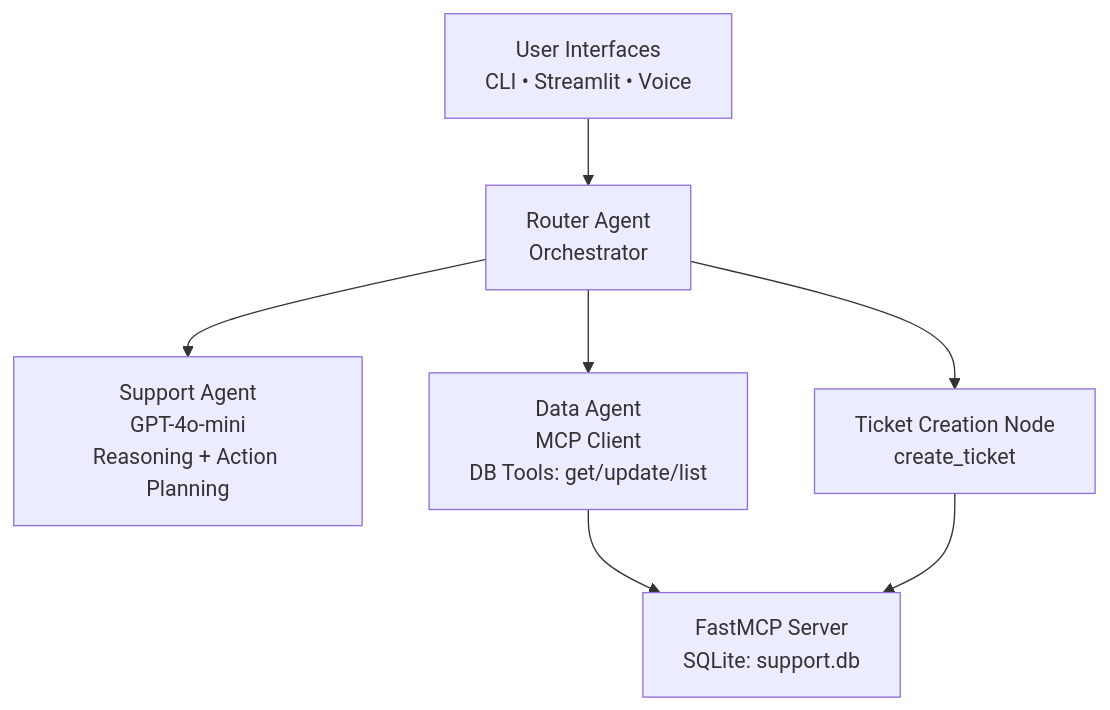
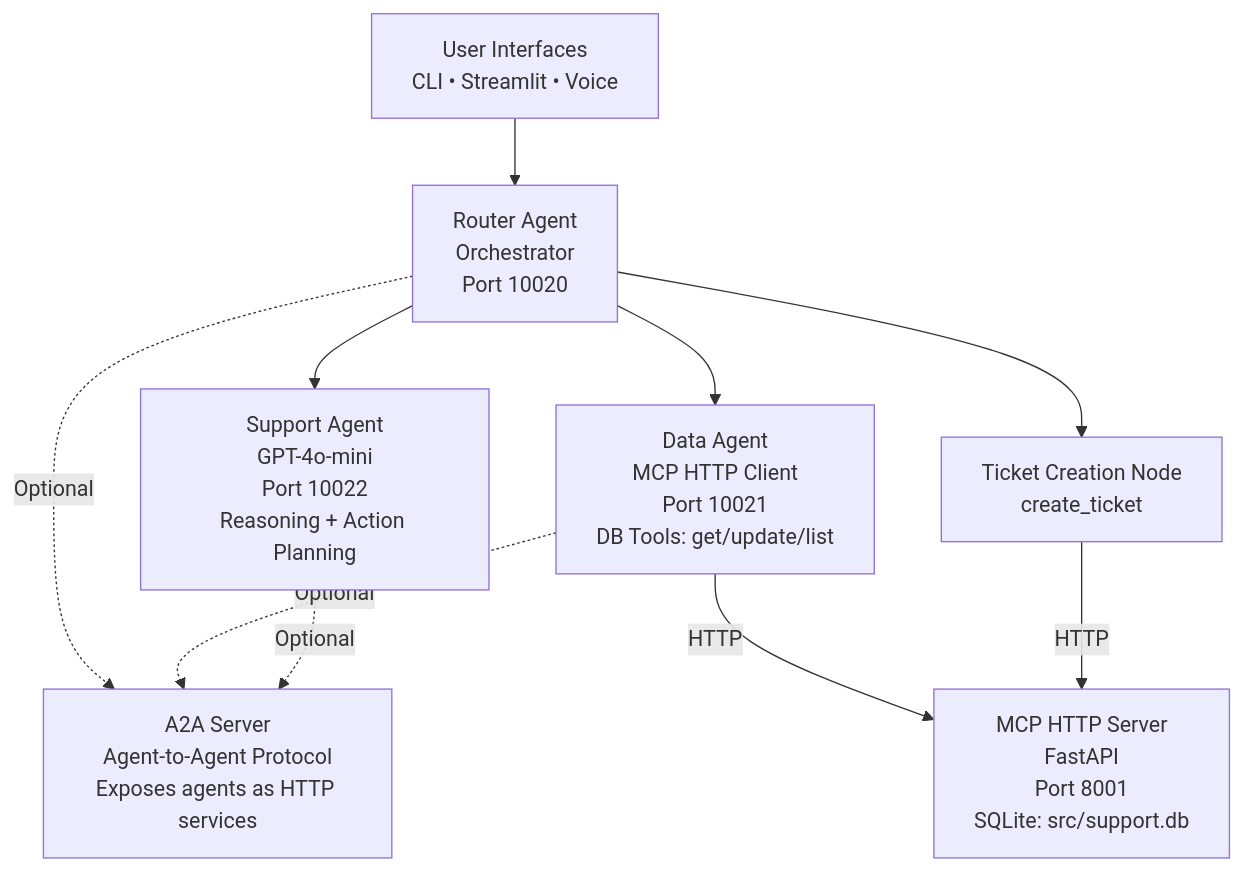
Before and after one commit to XuYunlei/multiagent-customer-support: the diagram in README.md, drawn with Mermaid. The commit also changed other lines of this file and 23 other files, not shown here.

````diff
--- a/README.md
+++ b/README.md
@@ -55,20 +64,26 @@
 ```mermaid
 flowchart TD
 
     UI[User Interfaces<br/>CLI • Streamlit • Voice] --> Router
 
-    Router[Router Agent<br/>Orchestrator] --> SupportAgent
+    Router[Router Agent<br/>Orchestrator<br/>Port 10020] --> SupportAgent
     Router --> DataAgent
     Router --> TicketNode
 
-    SupportAgent[Support Agent<br/>GPT-4o-mini<br/>Reasoning + Action Planning]
+    SupportAgent[Support Agent<br/>GPT-4o-mini<br/>Port 10022<br/>Reasoning + Action Planning]
 
-    DataAgent[Data Agent<br/>MCP Client<br/>DB Tools: get/update/list]
+    DataAgent[Data Agent<br/>MCP HTTP Client<br/>Port 10021<br/>DB Tools: get/update/list]
 
     TicketNode[Ticket Creation Node<br/>create_ticket]
 
-    DataAgent --> MCPServer
-    TicketNode --> MCPServer
+    DataAgent -->|HTTP| MCPServer
+    TicketNode -->|HTTP| MCPServer
 
-    MCPServer[FastMCP Server<br/>SQLite: support.db]
+    MCPServer[MCP HTTP Server<br/>FastAPI<br/>Port 8001<br/>SQLite: src/support.db]
+
+    A2A[A2A Server<br/>Agent-to-Agent Protocol<br/>Exposes agents as HTTP services]
+    
+    Router -.->|Optional| A2A
+    DataAgent -.->|Optional| A2A
+    SupportAgent -.->|Optional| A2A
 ```
````
